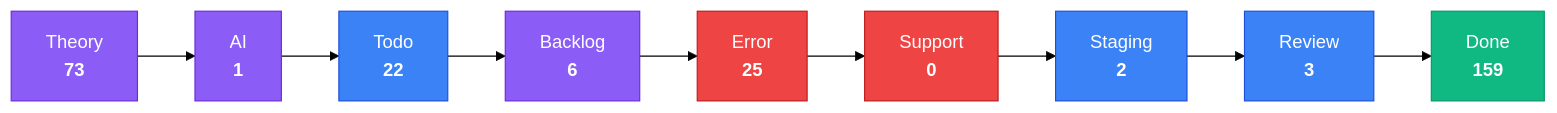
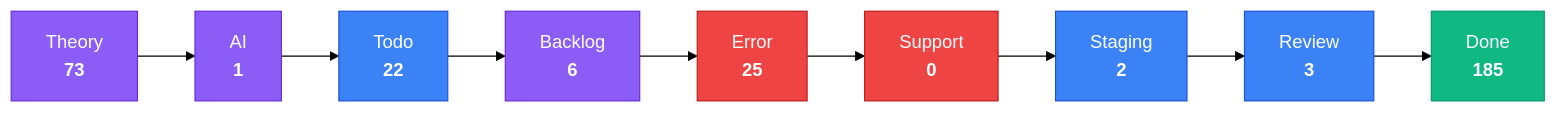
The third of 4 diagrams in apps/kbve/astro-kbve/src/content/docs/dashboard/kanban-data.mdx (KBVE/kbve), drawn with Mermaid (forest theme) before and after one commit. The commit also changed other lines of this file and 6 other files, not shown here.

````diff
--- a/apps/kbve/astro-kbve/src/content/docs/dashboard/kanban-data.mdx
+++ b/apps/kbve/astro-kbve/src/content/docs/dashboard/kanban-data.mdx
@@ -80,28 +80,28 @@
 ```mermaid
 flowchart LR
     classDef planning fill:#8b5cf6,stroke:#6d28d9,color:#fff
     classDef active fill:#3b82f6,stroke:#1d4ed8,color:#fff
     classDef blocked fill:#ef4444,stroke:#b91c1c,color:#fff
     classDef done fill:#10b981,stroke:#059669,color:#fff
     Theory["Theory<br/><strong>73</strong>"]
     Theory --> AI
     AI["AI<br/><strong>1</strong>"]
     AI --> Todo
     Todo["Todo<br/><strong>22</strong>"]
     Todo --> Backlog
     Backlog["Backlog<br/><strong>6</strong>"]
     Backlog --> Error
     Error["Error<br/><strong>25</strong>"]
     Error --> Support
     Support["Support<br/><strong>0</strong>"]
     Support --> Staging
     Staging["Staging<br/><strong>2</strong>"]
     Staging --> Review
     Review["Review<br/><strong>3</strong>"]
     Review --> Done
-    Done["Done<br/><strong>159</strong>"]
+    Done["Done<br/><strong>185</strong>"]
     class Theory,AI,Backlog planning
     class Todo,Staging,Review active
     class Error,Support blocked
     class Done done
 ```
````
